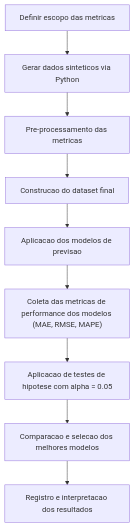
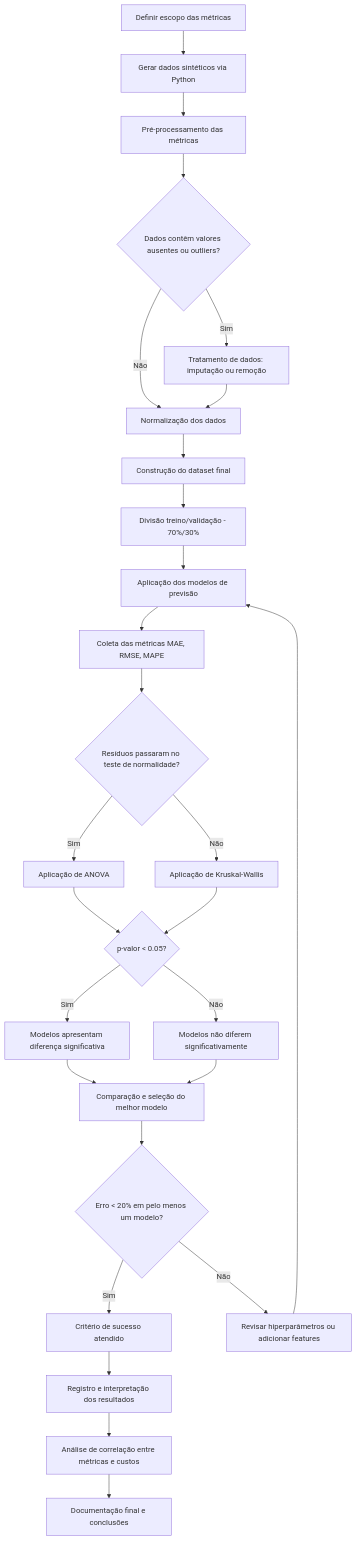
One commit to RenatoMAP77/pre-tcc changed the diagram in README.md. Above: the diagram before and after it, drawn with Mermaid.

Commit message:
docs: novo fluxograma

````diff
--- a/README.md
+++ b/README.md
@@ -232,12 +232,30 @@
 ```mermaid
-flowchart TD
-    A[Definir escopo das metricas] --> B["Gerar dados sinteticos via Python"]
-    B --> C["Pre-processamento das metricas"]
-    C --> D["Construcao do dataset final"]
-    D --> E["Aplicacao dos modelos de previsao"]
-    E --> F["Coleta das metricas de performance dos modelos (MAE, RMSE, MAPE)"]
-    F --> G["Aplicacao de testes de hipotese com alpha = 0.05"]
-    G --> H["Comparacao e selecao dos melhores modelos"]
-    H --> I["Registro e interpretacao dos resultados"]
+   flowchart TD
+    A[Definir escopo das métricas] --> B[Gerar dados sintéticos via Python]
+    B --> C[Pré-processamento das métricas]
+    C --> D{Dados contêm valores ausentes ou outliers?}
+    D -->|Sim| E[Tratamento de dados: imputação ou remoção]
+    D -->|Não| F[Normalização dos dados]
+    E --> F
+    F --> G[Construção do dataset final]
+    G --> H[Divisão treino/validação - 70%/30%]
+    H --> I[Aplicação dos modelos de previsão]
+    I --> J[Coleta das métricas MAE, RMSE, MAPE]
+    J --> K{Resíduos passaram no teste de normalidade?}
+    K -->|Sim| L[Aplicação de ANOVA]
+    K -->|Não| M[Aplicação de Kruskal-Wallis]
+    L --> N{p-valor < 0.05?}
+    M --> N
+    N -->|Sim| O[Modelos apresentam diferença significativa]
+    N -->|Não| P[Modelos não diferem significativamente]
+    O --> Q[Comparação e seleção do melhor modelo]
+    P --> Q
+    Q --> R{Erro < 20% em pelo menos um modelo?}
+    R -->|Sim| S[Critério de sucesso atendido]
+    R -->|Não| T[Revisar hiperparâmetros ou adicionar features]
+    T --> I
+    S --> U[Registro e interpretação dos resultados]
+    U --> V[Análise de correlação entre métricas e custos]
+    V --> W[Documentação final e conclusões]
 
 ```
````
